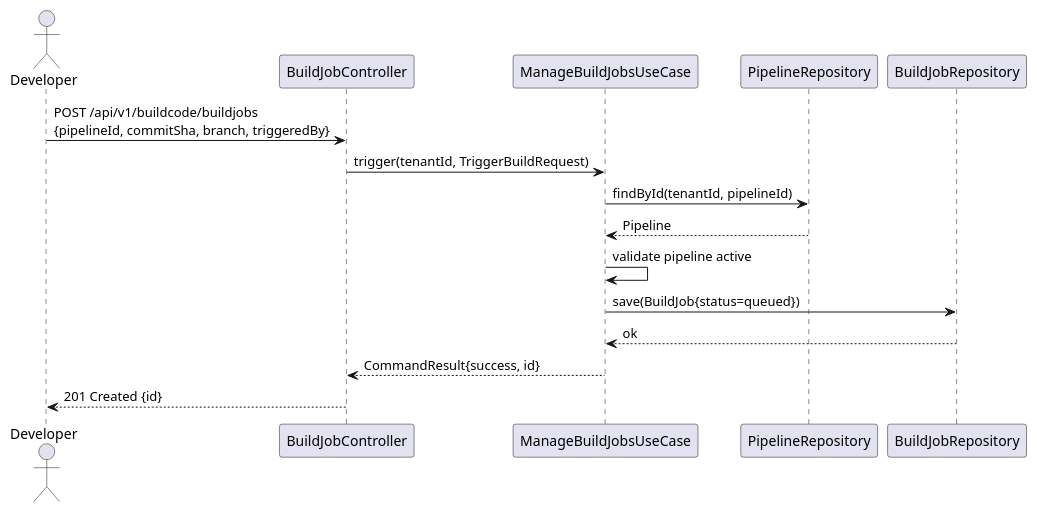
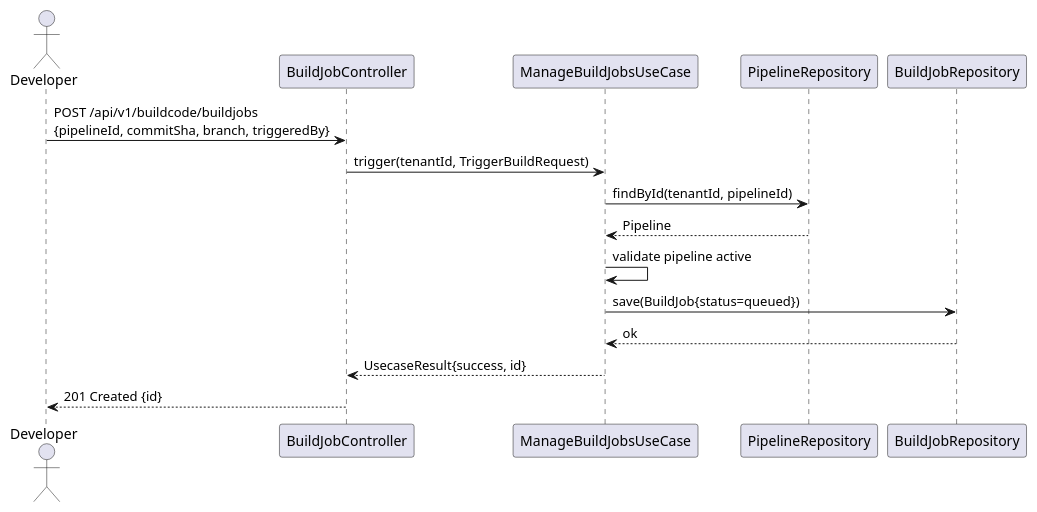
The third of 5 diagrams in build-code/UML.md (UIMSolutions/uim-platform), drawn with PlantUML before and after one commit. The commit also changed other lines of this file and 907 other files, not shown here.

Commit message:
Rename CommandResult

````diff
--- a/build-code/UML.md
+++ b/build-code/UML.md
@@ -252,21 +252,21 @@
 ```plantuml
 @startuml CI/CD Trigger Sequence
 
 actor Developer
 participant "BuildJobController" as BJC
 participant "ManageBuildJobsUseCase" as MBJU
 participant "PipelineRepository" as PLR
 participant "BuildJobRepository" as BJR
 
 Developer -> BJC : POST /api/v1/buildcode/buildjobs\n{pipelineId, commitSha, branch, triggeredBy}
 BJC -> MBJU : trigger(tenantId, TriggerBuildRequest)
 MBJU -> PLR  : findById(tenantId, pipelineId)
 PLR --> MBJU : Pipeline
 MBJU -> MBJU : validate pipeline active
 MBJU -> BJR  : save(BuildJob{status=queued})
 BJR --> MBJU : ok
-MBJU --> BJC : CommandResult{success, id}
+MBJU --> BJC : UsecaseResult{success, id}
 BJC --> Developer : 201 Created {id}
 
 @enduml
 ```
````
